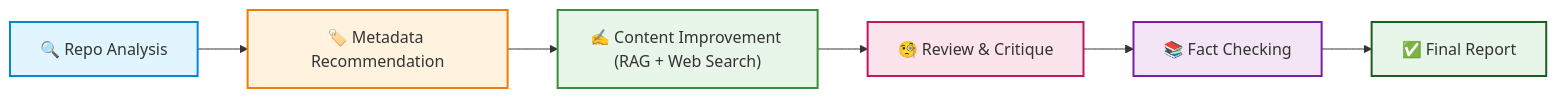
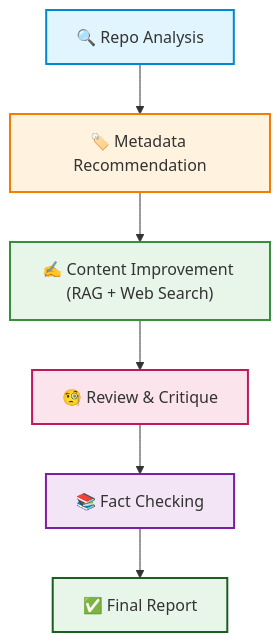
One commit to abdi7d/Publication-Assistant-for-AI-Projects changed the diagram in README.md. Above: the diagram before and after it, drawn with Mermaid. The commit also changed 1 other file, not shown here.

Commit message:
Publication Assistant for AI Projects

````diff
--- a/README.md
+++ b/README.md
@@ -53,15 +53,15 @@
 ```mermaid
-graph LR
+graph TD
     A["🔍 Repo Analysis"] --> B["🏷️ Metadata Recommendation"]
     B --> C["✍️ Content Improvement (RAG + Web Search)"]
     C --> D["🧐 Review & Critique"]
     D --> E["📚 Fact Checking"]
     E --> F["✅ Final Report"]
 
     style A fill:#e1f5fe,stroke:#0288d1,stroke-width:2px;
     style B fill:#fff3e0,stroke:#f57c00,stroke-width:2px;
     style C fill:#e8f5e9,stroke:#388e3c,stroke-width:2px;
     style D fill:#fce4ec,stroke:#c2185b,stroke-width:2px;
     style E fill:#f3e5f5,stroke:#7b1fa2,stroke-width:2px;
     style F fill:#e8f5e9,stroke:#1b5e20,stroke-width:2px;
 ```
````
